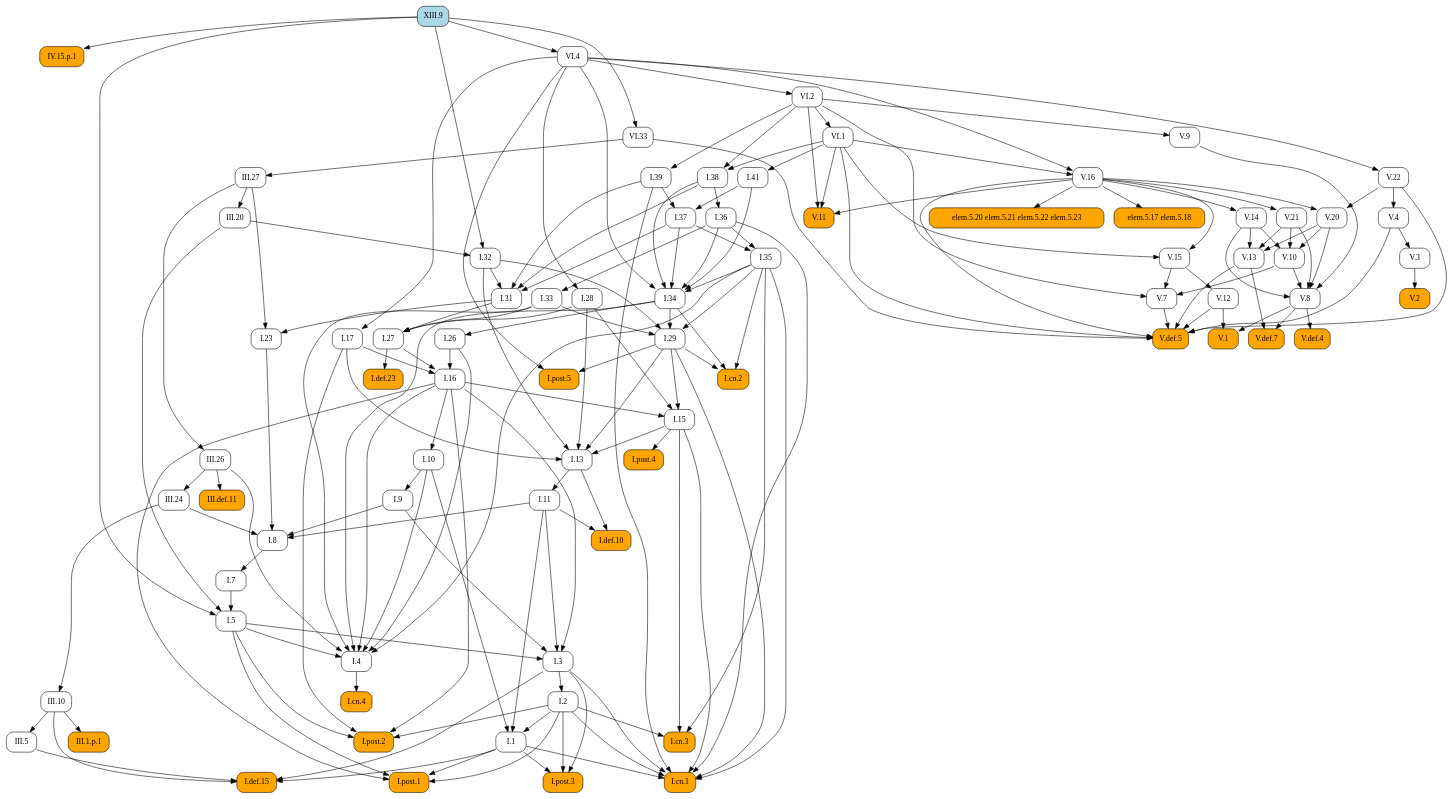
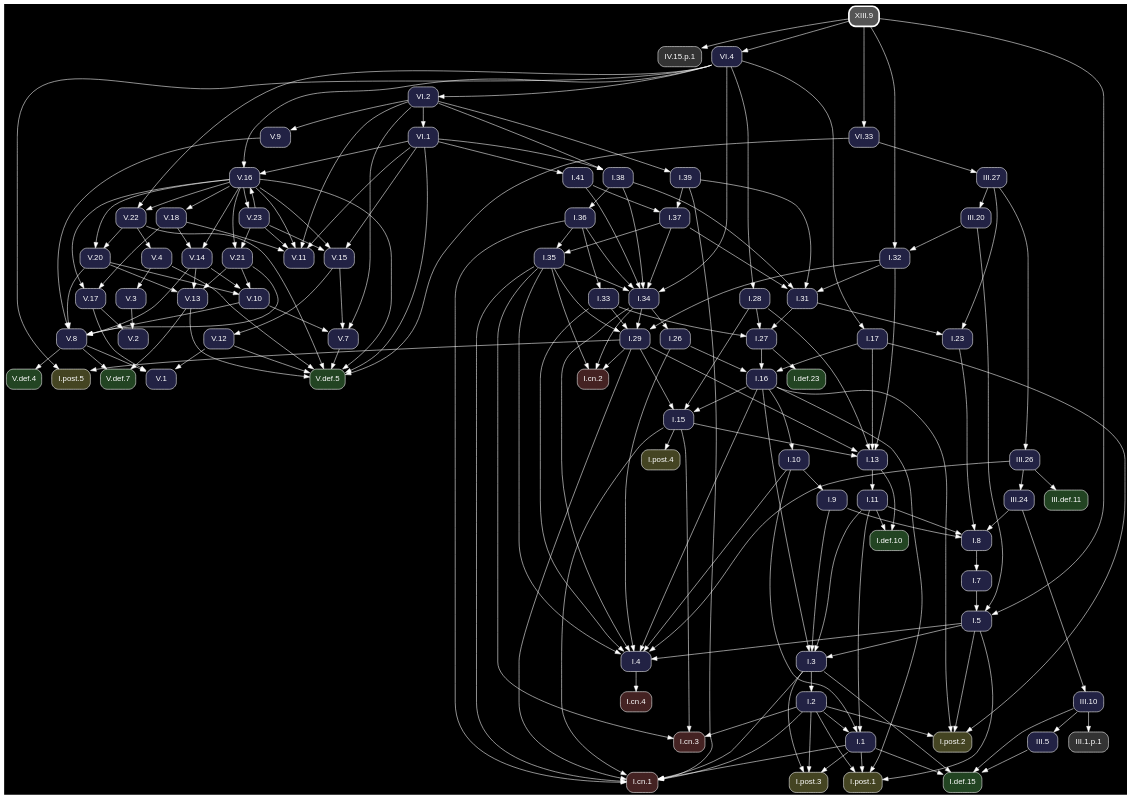
The diagram in docsrc/heath/XIII/9/index.rst (geometor/elements), drawn with Graphviz before and after one commit. The commit also changed other lines of this file and 1200 other files, not shown here.

Commit message:
update dependency graphs

```diff
--- a/docsrc/heath/XIII/9/index.rst
+++ b/docsrc/heath/XIII/9/index.rst
@@ -51,145 +51,214 @@
 .. graphviz::
 
    digraph {
+     bgcolor="black";
+     node [shape=box, style="rounded,filled", fontname="Helvetica", color="white", fontcolor="white"];
+     edge [color="white", fontcolor="white"];
      rankdir="TB";
-     node [shape=box, style=rounded];
-     "I.23" [URL="/heath/I/23/", target="_top"];
-     "I.9" [URL="/heath/I/9/", target="_top"];
-     "III.24" [URL="/heath/III/24/", target="_top"];
-     "I.def.15" [style="rounded,filled", fillcolor=orange, URL="/heath/I/def.15/", target="_top"];
-     "V.13" [URL="/heath/V/13/", target="_top"];
-     "IV.15.p.1" [style="rounded,filled", fillcolor=orange];
-     "V.7" [URL="/heath/V/7/", target="_top"];
-     "elem.5.17 elem.5.18" [style="rounded,filled", fillcolor=orange];
-     "I.post.1" [style="rounded,filled", fillcolor=orange, URL="/heath/I/post.1/", target="_top"];
-     "V.14" [URL="/heath/V/14/", target="_top"];
-     "III.20" [URL="/heath/III/20/", target="_top"];
-     "V.9" [URL="/heath/V/9/", target="_top"];
-     "I.31" [URL="/heath/I/31/", target="_top"];
-     "I.def.10" [style="rounded,filled", fillcolor=orange, URL="/heath/I/def.10/", target="_top"];
-     "V.10" [URL="/heath/V/10/", target="_top"];
-     "V.4" [URL="/heath/V/4/", target="_top"];
-     "VI.1" [URL="/heath/VI/1/", target="_top"];
-     "I.39" [URL="/heath/I/39/", target="_top"];
-     "V.11" [style="rounded,filled", fillcolor=orange, URL="/heath/V/11/", target="_top"];
-     "I.34" [URL="/heath/I/34/", target="_top"];
-     "I.3" [URL="/heath/I/3/", target="_top"];
-     "V.def.4" [style="rounded,filled", fillcolor=orange, URL="/heath/V/def.4/", target="_top"];
-     "V.def.7" [style="rounded,filled", fillcolor=orange, URL="/heath/V/def.7/", target="_top"];
-     "I.2" [URL="/heath/I/2/", target="_top"];
-     "V.21" [URL="/heath/V/21/", target="_top"];
-     "V.3" [URL="/heath/V/3/", target="_top"];
-     "I.13" [URL="/heath/I/13/", target="_top"];
-     "I.post.4" [style="rounded,filled", fillcolor=orange, URL="/heath/I/post.4/", target="_top"];
-     "I.4" [URL="/heath/I/4/", target="_top"];
-     "I.1" [URL="/heath/I/1/", target="_top"];
-     "I.17" [URL="/heath/I/17/", target="_top"];
-     "I.8" [URL="/heath/I/8/", target="_top"];
-     "I.29" [URL="/heath/I/29/", target="_top"];
-     "I.38" [URL="/heath/I/38/", target="_top"];
-     "V.8" [URL="/heath/V/8/", target="_top"];
-     "I.15" [URL="/heath/I/15/", target="_top"];
-     "I.10" [URL="/heath/I/10/", target="_top"];
-     "I.11" [URL="/heath/I/11/", target="_top"];
-     "I.def.23" [style="rounded,filled", fillcolor=orange, URL="/heath/I/def.23/", target="_top"];
-     "VI.4" [URL="/heath/VI/4/", target="_top"];
-     "I.26" [URL="/heath/I/26/", target="_top"];
-     "V.16" [URL="/heath/V/16/", target="_top"];
-     "I.33" [URL="/heath/I/33/", target="_top"];
-     "I.32" [URL="/heath/I/32/", target="_top"];
-     "I.post.3" [style="rounded,filled", fillcolor=orange, URL="/heath/I/post.3/", target="_top"];
-     "III.def.11" [style="rounded,filled", fillcolor=orange, URL="/heath/III/def.11/", target="_top"];
-     "V.def.5" [style="rounded,filled", fillcolor=orange, URL="/heath/V/def.5/", target="_top"];
-     "III.10" [URL="/heath/III/10/", target="_top"];
-     "XIII.9" [style="rounded,filled", fillcolor=lightblue, URL="/heath/XIII/9/", target="_top"];
-     "I.27" [URL="/heath/I/27/", target="_top"];
-     "V.20" [URL="/heath/V/20/", target="_top"];
-     "V.12" [URL="/heath/V/12/", target="_top"];
-     "III.5" [URL="/heath/III/5/", target="_top"];
-     "V.2" [style="rounded,filled", fillcolor=orange, URL="/heath/V/2/", target="_top"];
-     "I.cn.1" [style="rounded,filled", fillcolor=orange, URL="/heath/I/cn.1/", target="_top"];
-     "I.35" [URL="/heath/I/35/", target="_top"];
-     "I.7" [URL="/heath/I/7/", target="_top"];
-     "III.27" [URL="/heath/III/27/", target="_top"];
-     "III.26" [URL="/heath/III/26/", target="_top"];
-     "I.36" [URL="/heath/I/36/", target="_top"];
-     "I.5" [URL="/heath/I/5/", target="_top"];
-     "I.37" [URL="/heath/I/37/", target="_top"];
-     "I.cn.3" [style="rounded,filled", fillcolor=orange, URL="/heath/I/cn.3/", target="_top"];
-     "I.16" [URL="/heath/I/16/", target="_top"];
-     "VI.33" [URL="/heath/VI/33/", target="_top"];
-     "V.22" [URL="/heath/V/22/", target="_top"];
-     "V.1" [style="rounded,filled", fillcolor=orange, URL="/heath/V/1/", target="_top"];
-     "III.1.p.1" [style="rounded,filled", fillcolor=orange];
-     "I.cn.2" [style="rounded,filled", fillcolor=orange, URL="/heath/I/cn.2/", target="_top"];
-     "I.post.5" [style="rounded,filled", fillcolor=orange, URL="/heath/I/post.5/", target="_top"];
-     "I.28" [URL="/heath/I/28/", target="_top"];
-     "VI.2" [URL="/heath/VI/2/", target="_top"];
-     "I.cn.4" [style="rounded,filled", fillcolor=orange, URL="/heath/I/cn.4/", target="_top"];
-     "I.post.2" [style="rounded,filled", fillcolor=orange, URL="/heath/I/post.2/", target="_top"];
-     "V.15" [URL="/heath/V/15/", target="_top"];
-     "I.41" [URL="/heath/I/41/", target="_top"];
-     "elem.5.20 elem.5.21 elem.5.22 elem.5.23" [style="rounded,filled", fillcolor=orange];
-     "I.31" -> "I.23";
-     "III.27" -> "I.23";
-     "I.10" -> "I.9";
-     "III.26" -> "III.24";
-     "I.1" -> "I.def.15";
-     "I.3" -> "I.def.15";
-     "III.5" -> "I.def.15";
-     "III.10" -> "I.def.15";
+     "V.15" [fillcolor="#222244", URL="/heath/V/15/", target="_top"];
+     "IV.15.p.1" [fillcolor="#333333"];
+     "I.32" [fillcolor="#222244", URL="/heath/I/32/", target="_top"];
+     "I.cn.1" [fillcolor="#442222", URL="/heath/I/cn.1/", target="_top"];
+     "V.18" [fillcolor="#222244", URL="/heath/V/18/", target="_top"];
+     "XIII.9" [penwidth=3, color="white", fillcolor="#555555", URL="/heath/XIII/9/", target="_top"];
+     "V.14" [fillcolor="#222244", URL="/heath/V/14/", target="_top"];
+     "I.28" [fillcolor="#222244", URL="/heath/I/28/", target="_top"];
+     "I.27" [fillcolor="#222244", URL="/heath/I/27/", target="_top"];
+     "V.23" [fillcolor="#222244", URL="/heath/V/23/", target="_top"];
+     "I.2" [fillcolor="#222244", URL="/heath/I/2/", target="_top"];
+     "I.41" [fillcolor="#222244", URL="/heath/I/41/", target="_top"];
+     "I.post.4" [fillcolor="#444422", URL="/heath/I/post.4/", target="_top"];
+     "I.26" [fillcolor="#222244", URL="/heath/I/26/", target="_top"];
+     "I.8" [fillcolor="#222244", URL="/heath/I/8/", target="_top"];
+     "V.4" [fillcolor="#222244", URL="/heath/V/4/", target="_top"];
+     "III.27" [fillcolor="#222244", URL="/heath/III/27/", target="_top"];
+     "V.16" [fillcolor="#222244", URL="/heath/V/16/", target="_top"];
+     "VI.2" [fillcolor="#222244", URL="/heath/VI/2/", target="_top"];
+     "III.1.p.1" [fillcolor="#333333"];
+     "I.7" [fillcolor="#222244", URL="/heath/I/7/", target="_top"];
+     "I.5" [fillcolor="#222244", URL="/heath/I/5/", target="_top"];
+     "III.26" [fillcolor="#222244", URL="/heath/III/26/", target="_top"];
+     "V.11" [fillcolor="#222244", URL="/heath/V/11/", target="_top"];
+     "V.def.4" [fillcolor="#224422", URL="/heath/V/def.4/", target="_top"];
+     "V.20" [fillcolor="#222244", URL="/heath/V/20/", target="_top"];
+     "I.11" [fillcolor="#222244", URL="/heath/I/11/", target="_top"];
+     "I.37" [fillcolor="#222244", URL="/heath/I/37/", target="_top"];
+     "I.cn.3" [fillcolor="#442222", URL="/heath/I/cn.3/", target="_top"];
+     "I.36" [fillcolor="#222244", URL="/heath/I/36/", target="_top"];
+     "I.38" [fillcolor="#222244", URL="/heath/I/38/", target="_top"];
+     "I.post.2" [fillcolor="#444422", URL="/heath/I/post.2/", target="_top"];
+     "I.def.23" [fillcolor="#224422", URL="/heath/I/def.23/", target="_top"];
+     "I.35" [fillcolor="#222244", URL="/heath/I/35/", target="_top"];
+     "I.post.3" [fillcolor="#444422", URL="/heath/I/post.3/", target="_top"];
+     "V.13" [fillcolor="#222244", URL="/heath/V/13/", target="_top"];
+     "V.8" [fillcolor="#222244", URL="/heath/V/8/", target="_top"];
+     "I.33" [fillcolor="#222244", URL="/heath/I/33/", target="_top"];
+     "III.20" [fillcolor="#222244", URL="/heath/III/20/", target="_top"];
+     "V.10" [fillcolor="#222244", URL="/heath/V/10/", target="_top"];
+     "III.def.11" [fillcolor="#224422", URL="/heath/III/def.11/", target="_top"];
+     "I.17" [fillcolor="#222244", URL="/heath/I/17/", target="_top"];
+     "V.def.5" [fillcolor="#224422", URL="/heath/V/def.5/", target="_top"];
+     "V.22" [fillcolor="#222244", URL="/heath/V/22/", target="_top"];
+     "I.31" [fillcolor="#222244", URL="/heath/I/31/", target="_top"];
+     "I.3" [fillcolor="#222244", URL="/heath/I/3/", target="_top"];
+     "V.12" [fillcolor="#222244", URL="/heath/V/12/", target="_top"];
+     "I.def.10" [fillcolor="#224422", URL="/heath/I/def.10/", target="_top"];
+     "I.15" [fillcolor="#222244", URL="/heath/I/15/", target="_top"];
+     "I.39" [fillcolor="#222244", URL="/heath/I/39/", target="_top"];
+     "I.13" [fillcolor="#222244", URL="/heath/I/13/", target="_top"];
+     "I.cn.2" [fillcolor="#442222", URL="/heath/I/cn.2/", target="_top"];
+     "I.9" [fillcolor="#222244", URL="/heath/I/9/", target="_top"];
+     "I.1" [fillcolor="#222244", URL="/heath/I/1/", target="_top"];
+     "I.post.5" [fillcolor="#444422", URL="/heath/I/post.5/", target="_top"];
+     "I.23" [fillcolor="#222244", URL="/heath/I/23/", target="_top"];
+     "III.24" [fillcolor="#222244", URL="/heath/III/24/", target="_top"];
+     "I.4" [fillcolor="#222244", URL="/heath/I/4/", target="_top"];
+     "VI.4" [fillcolor="#222244", URL="/heath/VI/4/", target="_top"];
+     "V.7" [fillcolor="#222244", URL="/heath/V/7/", target="_top"];
+     "V.9" [fillcolor="#222244", URL="/heath/V/9/", target="_top"];
+     "VI.1" [fillcolor="#222244", URL="/heath/VI/1/", target="_top"];
+     "I.10" [fillcolor="#222244", URL="/heath/I/10/", target="_top"];
+     "III.10" [fillcolor="#222244", URL="/heath/III/10/", target="_top"];
+     "V.def.7" [fillcolor="#224422", URL="/heath/V/def.7/", target="_top"];
+     "I.post.1" [fillcolor="#444422", URL="/heath/I/post.1/", target="_top"];
+     "VI.33" [fillcolor="#222244", URL="/heath/VI/33/", target="_top"];
+     "I.16" [fillcolor="#222244", URL="/heath/I/16/", target="_top"];
+     "I.29" [fillcolor="#222244", URL="/heath/I/29/", target="_top"];
+     "I.cn.4" [fillcolor="#442222", URL="/heath/I/cn.4/", target="_top"];
+     "V.2" [fillcolor="#222244", URL="/heath/V/2/", target="_top"];
+     "V.1" [fillcolor="#222244", URL="/heath/V/1/", target="_top"];
+     "V.21" [fillcolor="#222244", URL="/heath/V/21/", target="_top"];
+     "I.34" [fillcolor="#222244", URL="/heath/I/34/", target="_top"];
+     "III.5" [fillcolor="#222244", URL="/heath/III/5/", target="_top"];
+     "I.def.15" [fillcolor="#224422", URL="/heath/I/def.15/", target="_top"];
+     "V.3" [fillcolor="#222244", URL="/heath/V/3/", target="_top"];
+     "V.17" [fillcolor="#222244", URL="/heath/V/17/", target="_top"];
+     "V.16" -> "V.15";
+     "V.23" -> "V.15";
+     "VI.1" -> "V.15";
+     "XIII.9" -> "IV.15.p.1";
+     "III.20" -> "I.32";
+     "XIII.9" -> "I.32";
+     "I.1" -> "I.cn.1";
+     "I.2" -> "I.cn.1";
+     "I.3" -> "I.cn.1";
+     "I.15" -> "I.cn.1";
+     "I.29" -> "I.cn.1";
+     "I.35" -> "I.cn.1";
+     "I.36" -> "I.cn.1";
+     "I.39" -> "I.cn.1";
+     "V.16" -> "V.18";
+     "V.16" -> "V.14";
+     "V.18" -> "V.14";
+     "VI.4" -> "I.28";
+     "I.28" -> "I.27";
+     "I.31" -> "I.27";
+     "I.33" -> "I.27";
+     "V.16" -> "V.23";
+     "I.3" -> "I.2";
+     "VI.1" -> "I.41";
+     "I.15" -> "I.post.4";
+     "I.34" -> "I.26";
+     "I.9" -> "I.8";
+     "I.11" -> "I.8";
+     "I.23" -> "I.8";
+     "III.24" -> "I.8";
+     "V.22" -> "V.4";
+     "VI.33" -> "III.27";
+     "V.23" -> "V.16";
+     "VI.1" -> "V.16";
+     "VI.4" -> "V.16";
+     "VI.4" -> "VI.2";
+     "III.10" -> "III.1.p.1";
+     "I.8" -> "I.7";
+     "I.7" -> "I.5";
+     "III.20" -> "I.5";
+     "XIII.9" -> "I.5";
+     "III.27" -> "III.26";
+     "V.16" -> "V.11";
+     "V.18" -> "V.11";
+     "V.23" -> "V.11";
+     "VI.1" -> "V.11";
+     "VI.2" -> "V.11";
+     "V.8" -> "V.def.4";
+     "V.16" -> "V.20";
+     "V.22" -> "V.20";
+     "I.13" -> "I.11";
+     "I.39" -> "I.37";
+     "I.41" -> "I.37";
+     "I.2" -> "I.cn.3";
+     "I.15" -> "I.cn.3";
+     "I.35" -> "I.cn.3";
+     "I.38" -> "I.36";
+     "VI.1" -> "I.38";
+     "VI.2" -> "I.38";
+     "I.2" -> "I.post.2";
+     "I.5" -> "I.post.2";
+     "I.16" -> "I.post.2";
+     "I.17" -> "I.post.2";
+     "I.27" -> "I.def.23";
+     "I.36" -> "I.35";
+     "I.37" -> "I.35";
+     "I.1" -> "I.post.3";
+     "I.2" -> "I.post.3";
+     "I.3" -> "I.post.3";
      "V.14" -> "V.13";
      "V.20" -> "V.13";
      "V.21" -> "V.13";
-     "XIII.9" -> "IV.15.p.1";
-     "V.10" -> "V.7";
-     "V.15" -> "V.7";
-     "VI.2" -> "V.7";
-     "V.16" -> "elem.5.17 elem.5.18";
-     "I.1" -> "I.post.1";
-     "I.2" -> "I.post.1";
-     "I.5" -> "I.post.1";
-     "I.16" -> "I.post.1";
-     "V.16" -> "V.14";
+     "V.9" -> "V.8";
+     "V.10" -> "V.8";
+     "V.14" -> "V.8";
+     "V.20" -> "V.8";
+     "V.21" -> "V.8";
+     "I.36" -> "I.33";
      "III.27" -> "III.20";
-     "VI.2" -> "V.9";
+     "V.14" -> "V.10";
+     "V.20" -> "V.10";
+     "V.21" -> "V.10";
+     "III.26" -> "III.def.11";
+     "VI.4" -> "I.17";
+     "V.4" -> "V.def.5";
+     "V.7" -> "V.def.5";
+     "V.12" -> "V.def.5";
+     "V.13" -> "V.def.5";
+     "V.16" -> "V.def.5";
+     "V.22" -> "V.def.5";
+     "VI.1" -> "V.def.5";
+     "VI.33" -> "V.def.5";
+     "V.16" -> "V.22";
+     "VI.4" -> "V.22";
      "I.32" -> "I.31";
      "I.37" -> "I.31";
      "I.38" -> "I.31";
      "I.39" -> "I.31";
-     "I.11" -> "I.def.10";
-     "I.13" -> "I.def.10";
-     "V.14" -> "V.10";
-     "V.20" -> "V.10";
-     "V.21" -> "V.10";
-     "V.22" -> "V.4";
-     "VI.2" -> "VI.1";
-     "VI.2" -> "I.39";
-     "V.16" -> "V.11";
-     "VI.1" -> "V.11";
-     "VI.2" -> "V.11";
-     "I.35" -> "I.34";
-     "I.36" -> "I.34";
-     "I.37" -> "I.34";
-     "I.38" -> "I.34";
-     "I.41" -> "I.34";
-     "VI.4" -> "I.34";
      "I.5" -> "I.3";
      "I.9" -> "I.3";
      "I.11" -> "I.3";
      "I.16" -> "I.3";
-     "V.8" -> "V.def.4";
-     "V.8" -> "V.def.7";
-     "V.13" -> "V.def.7";
-     "I.3" -> "I.2";
-     "V.16" -> "V.21";
-     "V.4" -> "V.3";
+     "V.15" -> "V.12";
+     "I.11" -> "I.def.10";
+     "I.13" -> "I.def.10";
+     "I.16" -> "I.15";
+     "I.28" -> "I.15";
+     "I.29" -> "I.15";
+     "VI.2" -> "I.39";
      "I.15" -> "I.13";
      "I.17" -> "I.13";
      "I.28" -> "I.13";
      "I.29" -> "I.13";
      "I.32" -> "I.13";
-     "I.15" -> "I.post.4";
+     "I.29" -> "I.cn.2";
+     "I.34" -> "I.cn.2";
+     "I.35" -> "I.cn.2";
+     "I.10" -> "I.9";
+     "I.2" -> "I.1";
+     "I.10" -> "I.1";
+     "I.11" -> "I.1";
+     "I.29" -> "I.post.5";
+     "VI.4" -> "I.post.5";
+     "I.31" -> "I.23";
+     "III.27" -> "I.23";
+     "III.26" -> "III.24";
      "I.5" -> "I.4";
      "I.10" -> "I.4";
      "I.16" -> "I.4";
@@ -198,103 +267,48 @@
      "I.34" -> "I.4";
      "I.35" -> "I.4";
      "III.26" -> "I.4";
-     "I.2" -> "I.1";
-     "I.10" -> "I.1";
-     "I.11" -> "I.1";
-     "VI.4" -> "I.17";
-     "I.9" -> "I.8";
-     "I.11" -> "I.8";
-     "I.23" -> "I.8";
-     "III.24" -> "I.8";
+     "XIII.9" -> "VI.4";
+     "V.10" -> "V.7";
+     "V.15" -> "V.7";
+     "VI.2" -> "V.7";
+     "VI.2" -> "V.9";
+     "VI.2" -> "VI.1";
+     "I.16" -> "I.10";
+     "III.24" -> "III.10";
+     "V.8" -> "V.def.7";
+     "V.13" -> "V.def.7";
+     "I.1" -> "I.post.1";
+     "I.2" -> "I.post.1";
+     "I.5" -> "I.post.1";
+     "I.16" -> "I.post.1";
+     "XIII.9" -> "VI.33";
+     "I.17" -> "I.16";
+     "I.26" -> "I.16";
+     "I.27" -> "I.16";
      "I.32" -> "I.29";
      "I.33" -> "I.29";
      "I.34" -> "I.29";
      "I.35" -> "I.29";
-     "VI.1" -> "I.38";
-     "VI.2" -> "I.38";
-     "V.9" -> "V.8";
-     "V.10" -> "V.8";
-     "V.14" -> "V.8";
-     "V.20" -> "V.8";
-     "V.21" -> "V.8";
-     "I.16" -> "I.15";
-     "I.28" -> "I.15";
-     "I.29" -> "I.15";
-     "I.16" -> "I.10";
-     "I.13" -> "I.11";
-     "I.27" -> "I.def.23";
-     "XIII.9" -> "VI.4";
-     "I.34" -> "I.26";
-     "VI.1" -> "V.16";
-     "VI.4" -> "V.16";
-     "I.36" -> "I.33";
-     "III.20" -> "I.32";
-     "XIII.9" -> "I.32";
-     "I.1" -> "I.post.3";
-     "I.2" -> "I.post.3";
-     "I.3" -> "I.post.3";
-     "III.26" -> "III.def.11";
-     "V.4" -> "V.def.5";
-     "V.7" -> "V.def.5";
-     "V.12" -> "V.def.5";
-     "V.13" -> "V.def.5";
-     "V.16" -> "V.def.5";
-     "V.22" -> "V.def.5";
-     "VI.1" -> "V.def.5";
-     "VI.33" -> "V.def.5";
-     "III.24" -> "III.10";
-     "I.28" -> "I.27";
-     "I.31" -> "I.27";
-     "I.33" -> "I.27";
-     "V.16" -> "V.20";
-     "V.22" -> "V.20";
-     "V.15" -> "V.12";
-     "III.10" -> "III.5";
+     "I.4" -> "I.cn.4";
      "V.3" -> "V.2";
-     "I.1" -> "I.cn.1";
-     "I.2" -> "I.cn.1";
-     "I.3" -> "I.cn.1";
-     "I.15" -> "I.cn.1";
-     "I.29" -> "I.cn.1";
-     "I.35" -> "I.cn.1";
-     "I.36" -> "I.cn.1";
-     "I.39" -> "I.cn.1";
-     "I.36" -> "I.35";
-     "I.37" -> "I.35";
-     "I.8" -> "I.7";
-     "VI.33" -> "III.27";
-     "III.27" -> "III.26";
-     "I.38" -> "I.36";
-     "I.7" -> "I.5";
-     "III.20" -> "I.5";
-     "XIII.9" -> "I.5";
-     "I.39" -> "I.37";
-     "I.41" -> "I.37";
-     "I.2" -> "I.cn.3";
-     "I.15" -> "I.cn.3";
-     "I.35" -> "I.cn.3";
-     "I.17" -> "I.16";
-     "I.26" -> "I.16";
-     "I.27" -> "I.16";
-     "XIII.9" -> "VI.33";
-     "VI.4" -> "V.22";
+     "V.17" -> "V.2";
      "V.8" -> "V.1";
      "V.12" -> "V.1";
-     "III.10" -> "III.1.p.1";
-     "I.29" -> "I.cn.2";
-     "I.34" -> "I.cn.2";
-     "I.35" -> "I.cn.2";
-     "I.29" -> "I.post.5";
-     "VI.4" -> "I.post.5";
-     "VI.4" -> "I.28";
-     "VI.4" -> "VI.2";
-     "I.4" -> "I.cn.4";
-     "I.2" -> "I.post.2";
-     "I.5" -> "I.post.2";
-     "I.16" -> "I.post.2";
-     "I.17" -> "I.post.2";
-     "V.16" -> "V.15";
-     "VI.1" -> "V.15";
-     "VI.1" -> "I.41";
-     "V.16" -> "elem.5.20 elem.5.21 elem.5.22 elem.5.23";
+     "V.17" -> "V.1";
+     "V.16" -> "V.21";
+     "V.23" -> "V.21";
+     "I.35" -> "I.34";
+     "I.36" -> "I.34";
+     "I.37" -> "I.34";
+     "I.38" -> "I.34";
+     "I.41" -> "I.34";
+     "VI.4" -> "I.34";
+     "III.10" -> "III.5";
+     "I.1" -> "I.def.15";
+     "I.3" -> "I.def.15";
+     "III.5" -> "I.def.15";
+     "III.10" -> "I.def.15";
+     "V.4" -> "V.3";
+     "V.16" -> "V.17";
+     "V.18" -> "V.17";
    }
```
